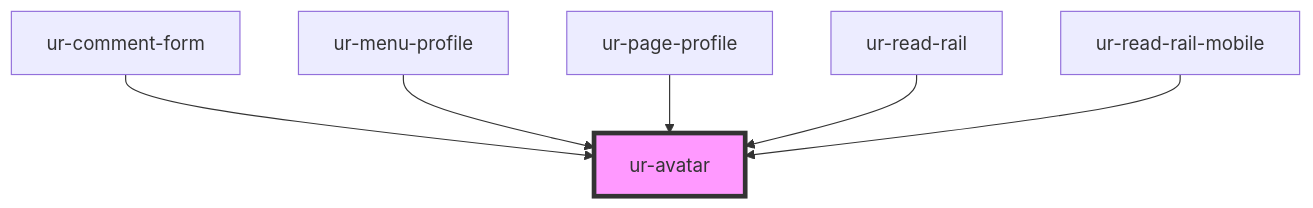
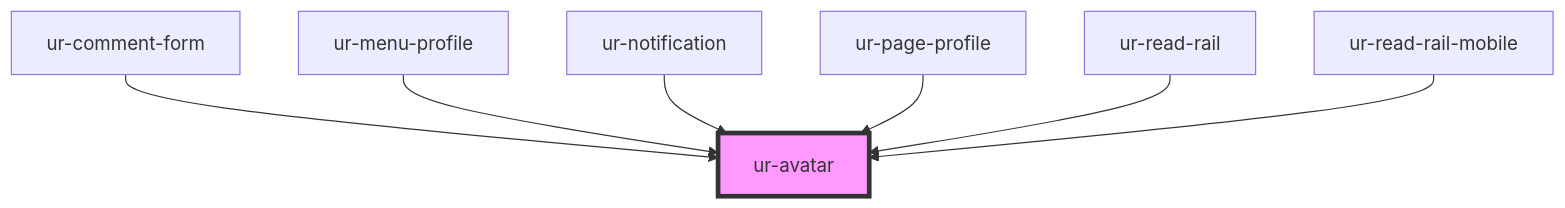
One commit to hellish/urnovl-web-components changed the diagram in src/components/ur-avatar/readme.md. Above: the diagram before and after it, drawn with Mermaid. The commit also changed other lines of this file and 21 other files, not shown here.

````diff
--- a/src/components/ur-avatar/readme.md
+++ b/src/components/ur-avatar/readme.md
@@ -30,9 +31,10 @@
 ```mermaid
 graph TD;
   ur-comment-form --> ur-avatar
   ur-menu-profile --> ur-avatar
+  ur-notification --> ur-avatar
   ur-page-profile --> ur-avatar
   ur-read-rail --> ur-avatar
   ur-read-rail-mobile --> ur-avatar
   style ur-avatar fill:#f9f,stroke:#333,stroke-width:4px
 ```
````
